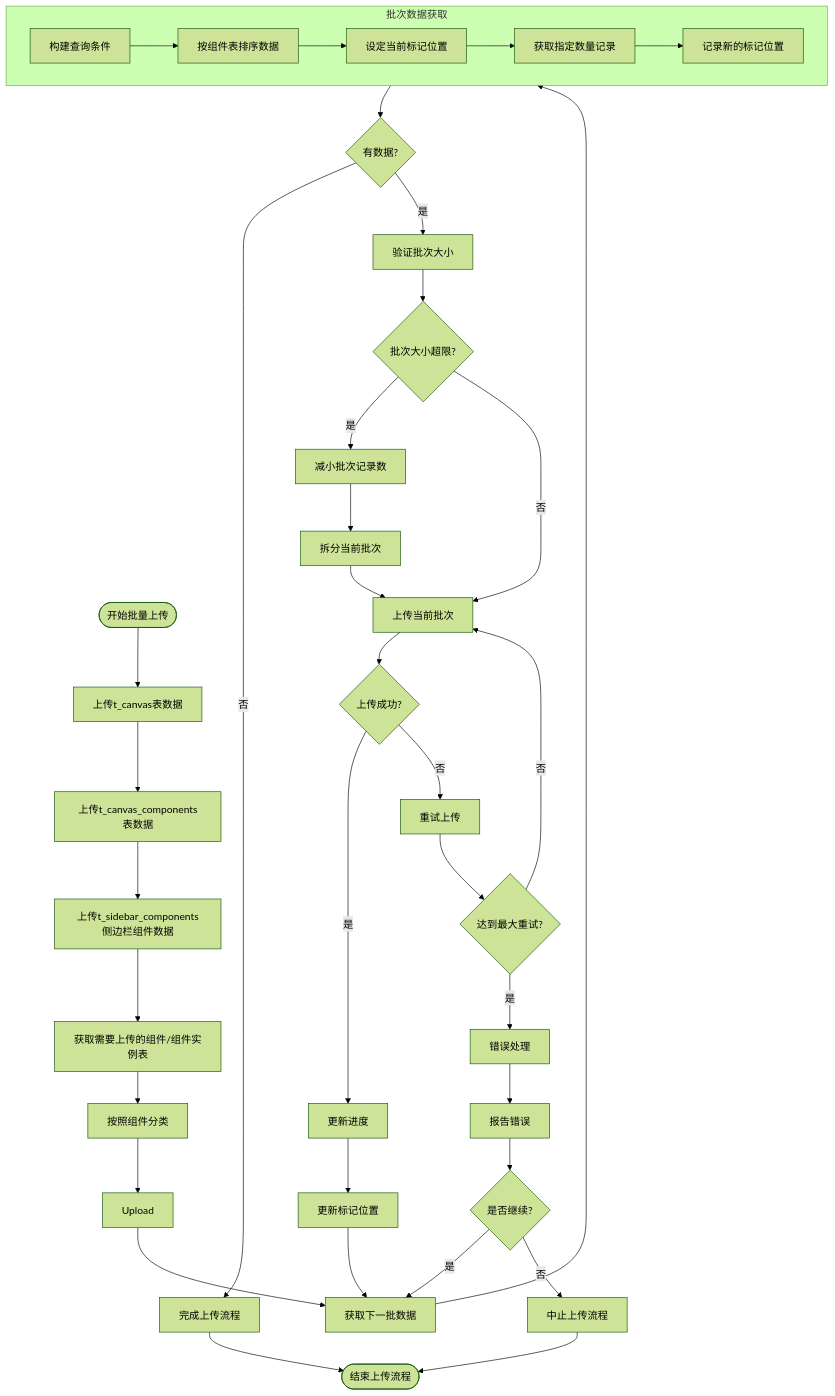
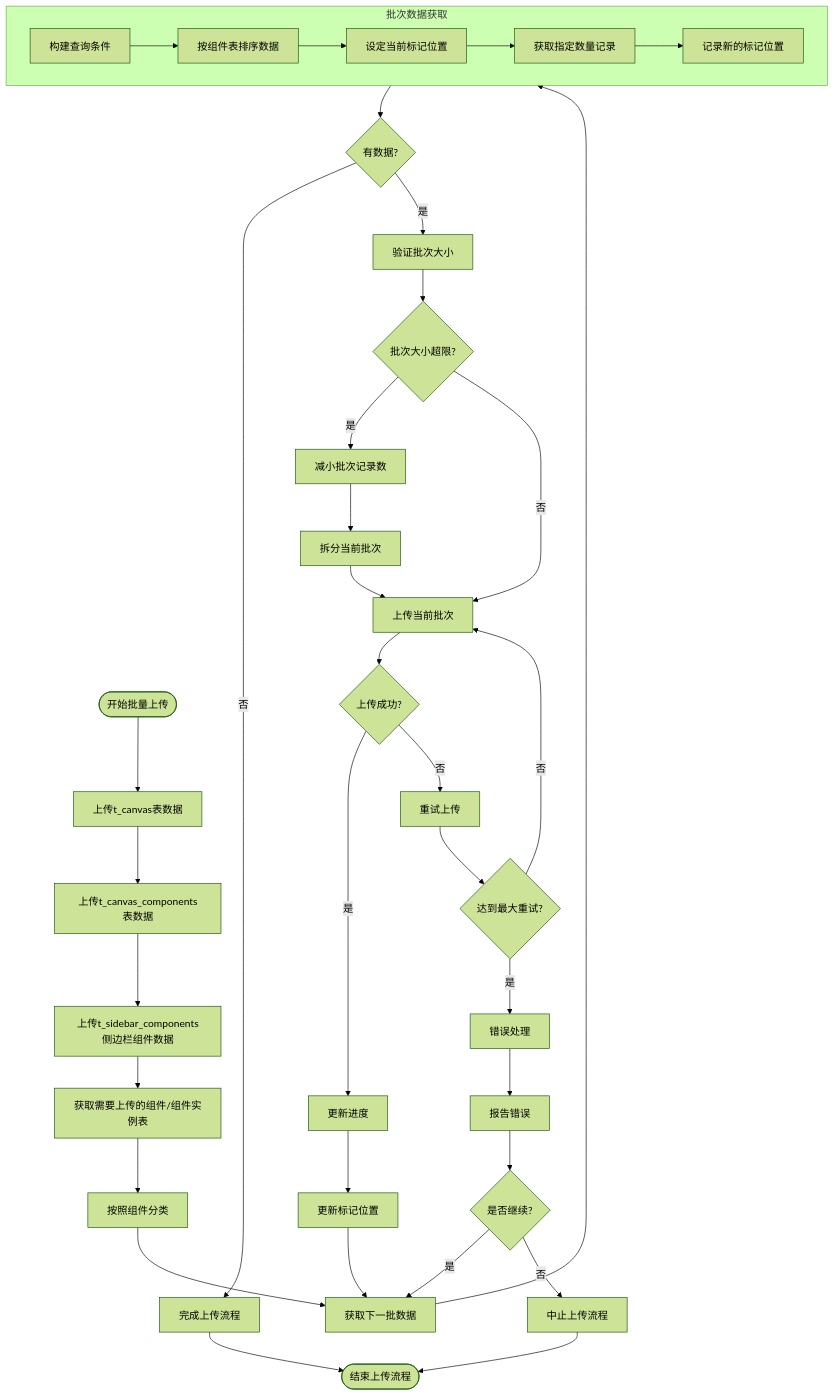
One commit to yingjianzh/iodraw-files changed the diagram in all/未命名-51.md. Above: the diagram before and after it, drawn with Mermaid (forest theme).

Commit message:
2025-05-08 17:26:50 update

````diff
--- a/all/未命名-51.md
+++ b/all/未命名-51.md
@@ -1,51 +1,51 @@
 ```mermaid
 flowchart TD
     Start([开始批量上传]) --> UploadSpaceData[上传t_canvas表数据]
     UploadSpaceData --> UploadComponentListData[上传t_canvas_components表数据]
     UploadComponentListData --> UploadSiderComponent[上传t_sidebar_components侧边栏组件数据]
     
     UploadSiderComponent --> UploadData[获取需要上传的组件/组件实例表]
 
     UploadData --> ClassifyData[按照组件分类]
 
-    ClassifyData --> Upload--> FetchNextBatch[获取下一批数据]
+    ClassifyData --> FetchNextBatch[获取下一批数据]
     
     subgraph BatchFetch [批次数据获取]
         A[构建查询条件] --> B[按组件表排序数据]
         B --> C[设定当前标记位置]
         C --> D[获取指定数量记录]
         D --> E[记录新的标记位置]
     end
     
     FetchNextBatch --> BatchFetch
     
     BatchFetch --> CheckResults{有数据?}
     CheckResults -->|否| CompleteUpload[完成上传流程]
     CheckResults -->|是| ValidateBatch[验证批次大小]
     
     ValidateBatch --> SizeTooLarge{批次大小超限?}
     SizeTooLarge -->|是| AdjustBatchSize[减小批次记录数]
     SizeTooLarge -->|否| UploadBatch[上传当前批次]
     
     AdjustBatchSize --> SplitBatch[拆分当前批次]
     SplitBatch --> UploadBatch
     
     UploadBatch --> UploadSuccess{上传成功?}
     UploadSuccess -->|是| UpdateProgress[更新进度]
     UploadSuccess -->|否| RetryUpload[重试上传]
     
     RetryUpload --> MaxRetries{达到最大重试?}
     MaxRetries -->|否| UploadBatch
     MaxRetries -->|是| ErrorHandling[错误处理]
     
     ErrorHandling --> ReportError[报告错误]
     ReportError --> ContinueOption{是否继续?}
     ContinueOption -->|是| FetchNextBatch
     ContinueOption -->|否| AbortProcess[中止上传流程]
     
     UpdateProgress --> UpdateMarker[更新标记位置]
     UpdateMarker --> FetchNextBatch
     
     CompleteUpload --> End([结束上传流程])
     AbortProcess --> End
 ```
````
